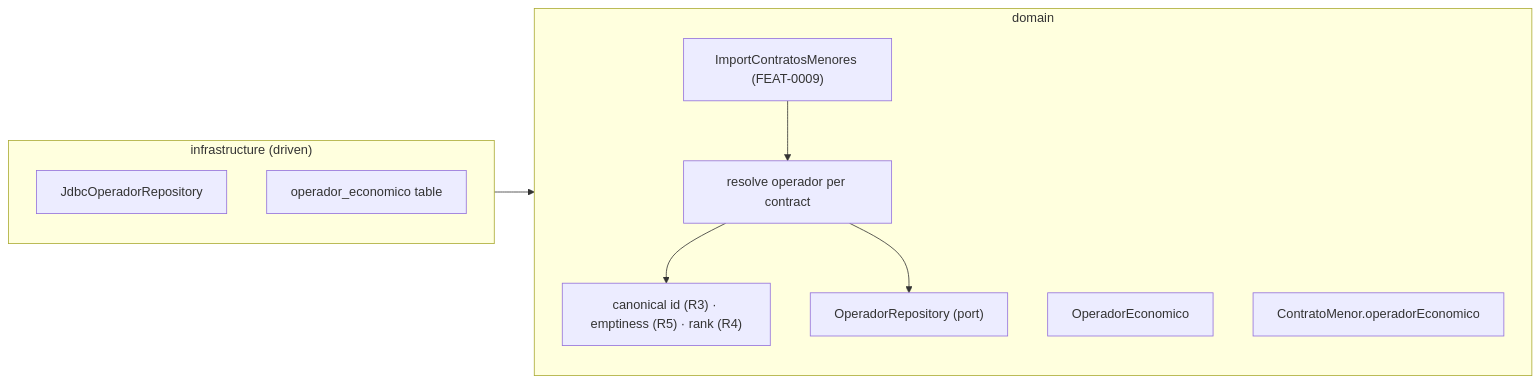
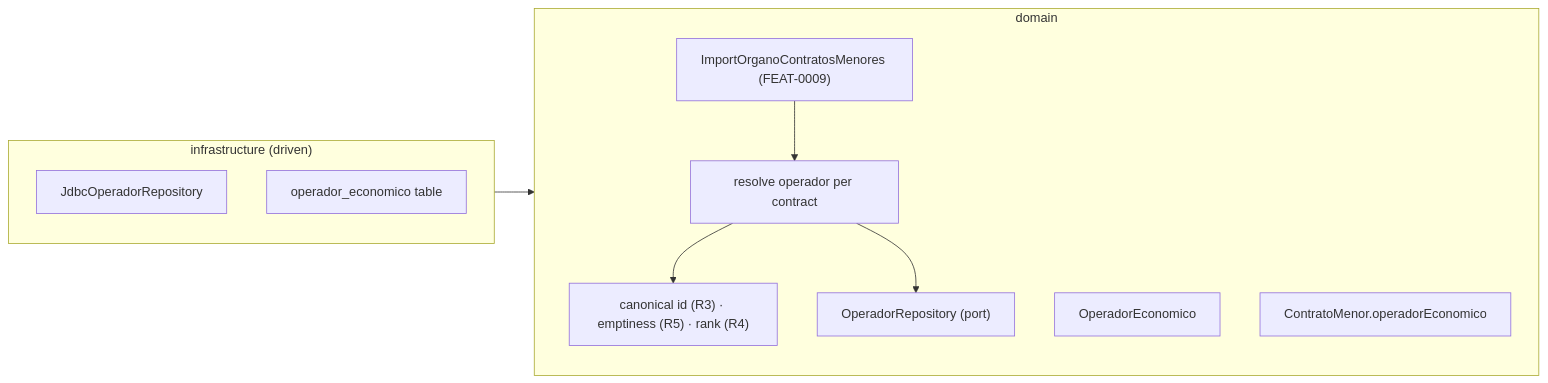
Before and after one commit to earelin/conxugal: the first of 3 diagrams in docs/features/FEAT-0010-operadores-economicos-base/README.md, drawn with Mermaid. The commit also changed 30 other files, not shown here.

````diff
--- a/docs/features/FEAT-0010-operadores-economicos-base/README.md
+++ b/docs/features/FEAT-0010-operadores-economicos-base/README.md
@@ -108,19 +108,19 @@
 ```mermaid
 flowchart LR
     subgraph domain["domain"]
-        importUseCase["ImportContratosMenores (FEAT-0009)"]
+        importUseCase["ImportOrganoContratosMenores (FEAT-0009)"]
         derive["resolve operador per contract"]
         rules["canonical id (R3) · emptiness (R5) · rank (R4)"]
         operador["OperadorEconomico"]
         operadorRepo["OperadorRepository (port)"]
         contrato["ContratoMenor.operadorEconomico"]
     end
     subgraph infrastructure["infrastructure (driven)"]
         jdbc["JdbcOperadorRepository"]
         migration["operador_economico table"]
     end
     importUseCase --> derive
     derive --> rules
     derive --> operadorRepo
     infrastructure --> domain
 ```
````
